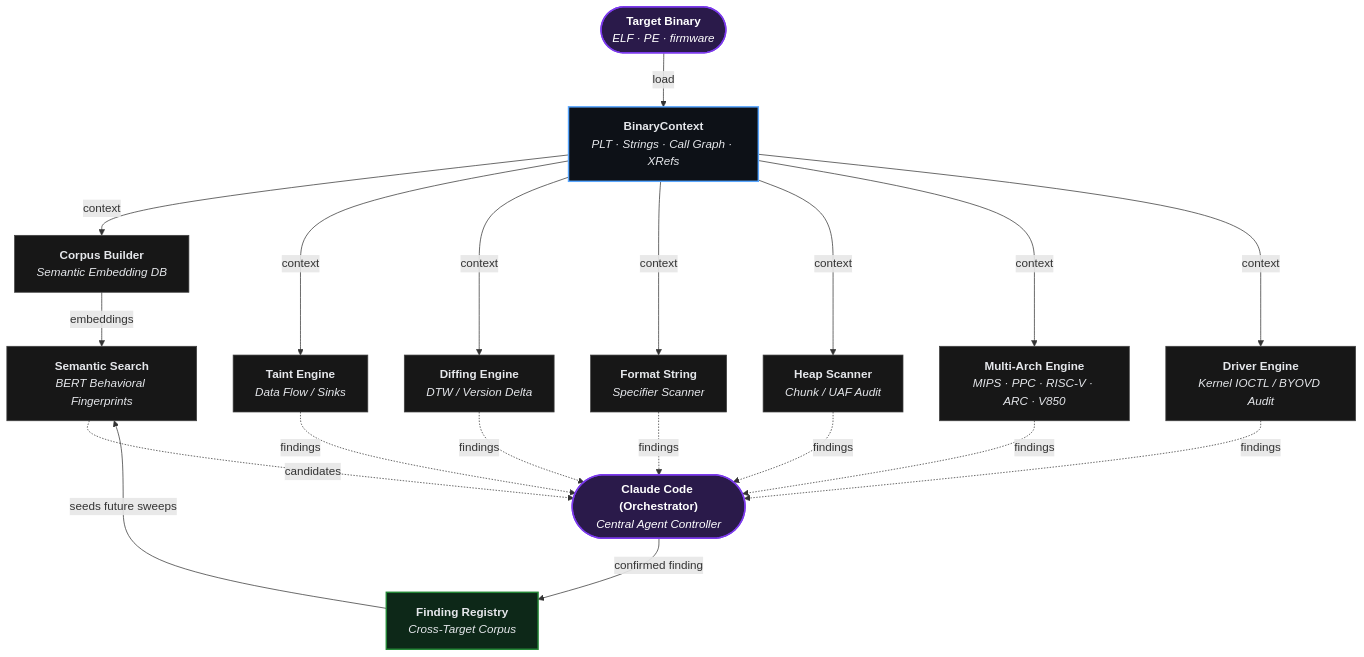
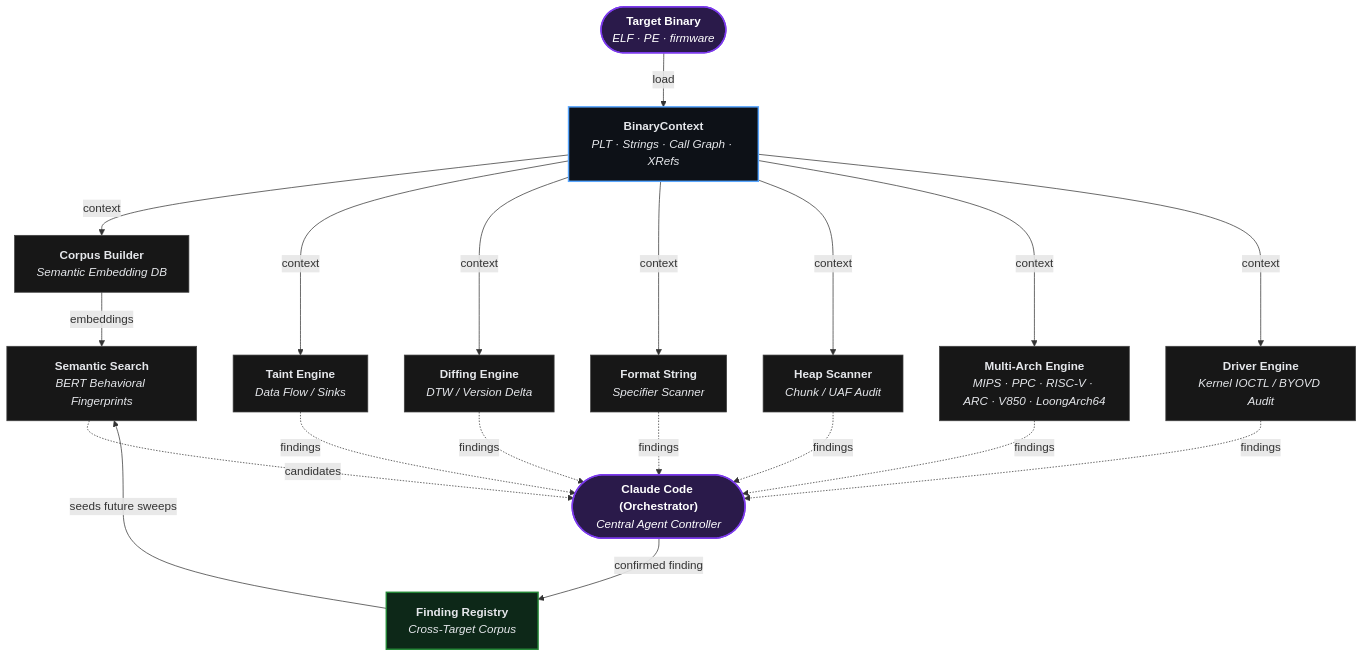
One commit to Ablation-Tool/ablation changed the first of 2 diagrams in README.md. Above: the diagram before and after it, drawn with Mermaid. The commit also changed other lines of this file, not shown here.

First line of the commit message:
docs(readme): add LoongArch64 to decompiler table (14 total)

````diff
--- a/README.md
+++ b/README.md
@@ -147,37 +148,37 @@
 ```mermaid
 flowchart TD
     Binary(["<b>Target Binary</b><br/><i>ELF · PE · firmware</i>"])
     Claude(["<b>Claude Code (Orchestrator)</b><br/><i>Central Agent Controller</i>"])
 
     Binary -->|"load"| BCtx["<b>BinaryContext</b><br/><i>PLT · Strings · Call Graph · XRefs</i>"]
     BCtx -->|"context"| Corpus["<b>Corpus Builder</b><br/><i>Semantic Embedding DB</i>"]
     BCtx -->|"context"| Taint["<b>Taint Engine</b><br/><i>Data Flow / Sinks</i>"]
     BCtx -->|"context"| Diffing["<b>Diffing Engine</b><br/><i>DTW / Version Delta</i>"]
     BCtx -->|"context"| FmtStr["<b>Format String</b><br/><i>Specifier Scanner</i>"]
     BCtx -->|"context"| Heap["<b>Heap Scanner</b><br/><i>Chunk / UAF Audit</i>"]
-    BCtx -->|"context"| MultiArch["<b>Multi-Arch Engine</b><br/><i>MIPS · PPC · RISC-V · ARC · V850</i>"]
+    BCtx -->|"context"| MultiArch["<b>Multi-Arch Engine</b><br/><i>MIPS · PPC · RISC-V · ARC · V850 · LoongArch64</i>"]
     BCtx -->|"context"| Driver["<b>Driver Engine</b><br/><i>Kernel IOCTL / BYOVD Audit</i>"]
 
     Corpus -->|"embeddings"| Semantic["<b>Semantic Search</b><br/><i>BERT Behavioral Fingerprints</i>"]
 
     Semantic -. "candidates" .-> Claude
     Taint -. "findings" .-> Claude
     Diffing -. "findings" .-> Claude
     FmtStr -. "findings" .-> Claude
     Heap -. "findings" .-> Claude
     MultiArch -. "findings" .-> Claude
     Driver -. "findings" .-> Claude
 
     Claude -->|"confirmed finding"| Registry["<b>Finding Registry</b><br/><i>Cross-Target Corpus</i>"]
     Registry -->|"seeds future sweeps"| Semantic
 
     classDef primary fill:#2a1a4a,stroke:#7c3aed,stroke-width:2px,color:#fff
     classDef foundation fill:#0d1117,stroke:#58a6ff,stroke-width:2px,color:#e5e7eb
     classDef engine fill:#171717,stroke:#404040,stroke-width:1px,color:#e5e7eb
     classDef feedback fill:#0d2818,stroke:#238636,stroke-width:2px,color:#e5e7eb
 
     class Claude,Binary primary
     class BCtx foundation
     class Corpus,Semantic,Taint,Diffing,FmtStr,Heap,MultiArch,Driver engine
     class Registry feedback
 ```
````
